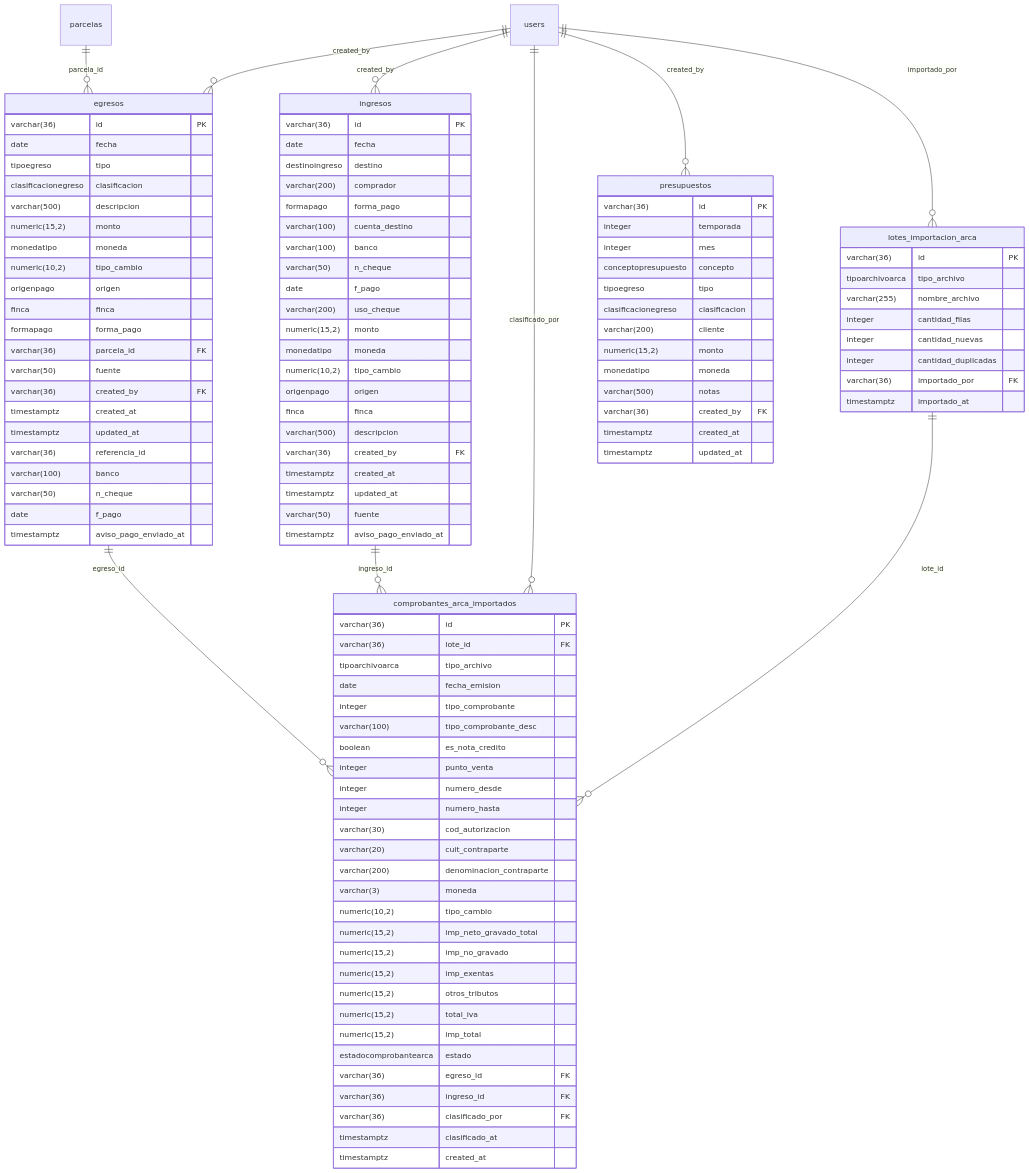
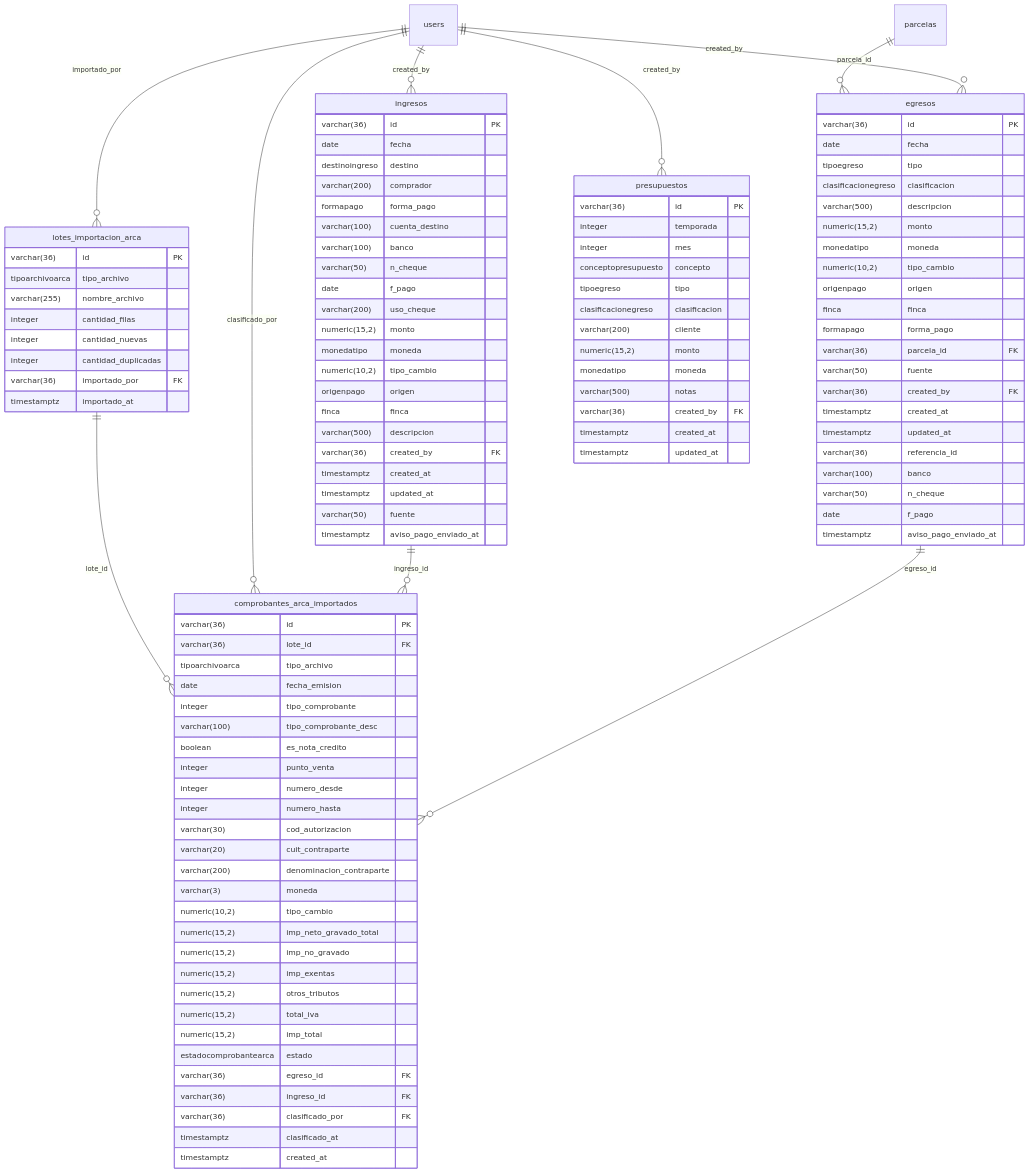
Before and after one commit to FaustoYanzon/Proyecto-Gestion-Los-Lirios-: the sixth of 11 diagrams in docs/sistema/Modelo de Datos.md, drawn with Mermaid. The commit also changed other lines of this file and 2 other files, not shown here.

````diff
--- a/docs/sistema/Modelo de Datos.md
+++ b/docs/sistema/Modelo de Datos.md
@@ -1121,9 +1132,9 @@
 ```mermaid
 erDiagram
+    lotes_importacion_arca ||--o{ comprobantes_arca_importados : "lote_id"
+    users ||--o{ comprobantes_arca_importados : "clasificado_por"
+    ingresos ||--o{ comprobantes_arca_importados : "ingreso_id"
     egresos ||--o{ comprobantes_arca_importados : "egreso_id"
-    ingresos ||--o{ comprobantes_arca_importados : "ingreso_id"
-    users ||--o{ comprobantes_arca_importados : "clasificado_por"
-    lotes_importacion_arca ||--o{ comprobantes_arca_importados : "lote_id"
     parcelas ||--o{ egresos : "parcela_id"
     users ||--o{ egresos : "created_by"
     users ||--o{ ingresos : "created_by"
````
